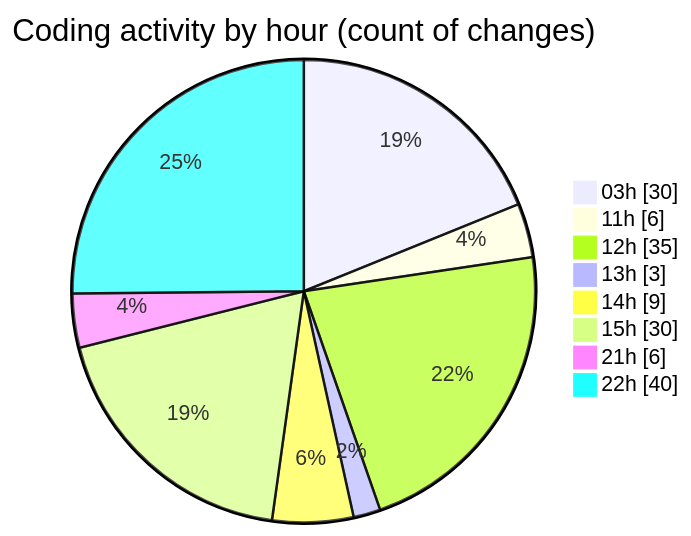
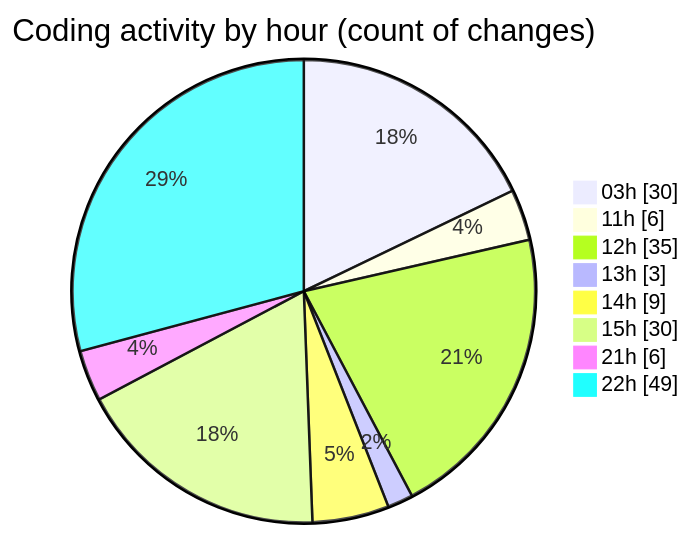
The second of 2 diagrams in 2025-09-13/napxuvn/README.md (lephambinh05/code-tracking), drawn with Mermaid before and after one commit. The commit also changed other lines of this file and 1 other file, not shown here.

````diff
--- a/2025-09-13/napxuvn/README.md
+++ b/2025-09-13/napxuvn/README.md
@@ -99,12 +101,12 @@
 ```mermaid
 pie showData
 title Coding activity by hour (count of changes)
 "03h" : 30
 "11h" : 6
 "12h" : 35
 "13h" : 3
 "14h" : 9
 "15h" : 30
 "21h" : 6
-"22h" : 40
+"22h" : 49
 ```
````
